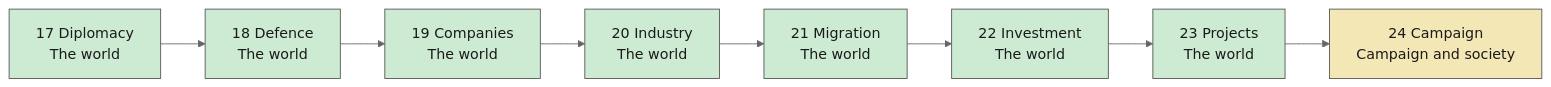
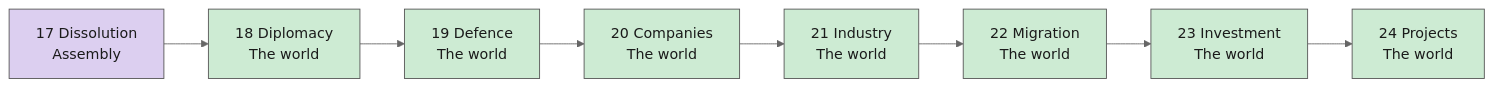
One commit to powerbassist/World-simulator changed the third of 5 diagrams in docs/tick-order.md. Above: the diagram before and after it, drawn with Mermaid (neutral theme). The commit also changed other lines of this file and 26 other files, not shown here.

````diff
--- a/docs/tick-order.md
+++ b/docs/tick-order.md
@@ -63,18 +63,18 @@
 ```mermaid
 flowchart LR
-  s17["17 Diplomacy<br/>The world"]:::g3
-  s18["18 Defence<br/>The world"]:::g3
-  s19["19 Companies<br/>The world"]:::g3
-  s20["20 Industry<br/>The world"]:::g3
-  s21["21 Migration<br/>The world"]:::g3
-  s22["22 Investment<br/>The world"]:::g3
-  s23["23 Projects<br/>The world"]:::g3
-  s24["24 Campaign<br/>Campaign and society"]:::g4
+  s17["17 Dissolution<br/>Assembly"]:::g2
+  s18["18 Diplomacy<br/>The world"]:::g3
+  s19["19 Defence<br/>The world"]:::g3
+  s20["20 Companies<br/>The world"]:::g3
+  s21["21 Industry<br/>The world"]:::g3
+  s22["22 Migration<br/>The world"]:::g3
+  s23["23 Investment<br/>The world"]:::g3
+  s24["24 Projects<br/>The world"]:::g3
   s17 --> s18 --> s19 --> s20 --> s21 --> s22 --> s23 --> s24
   classDef g0 fill:#cfe3f7,stroke:#555,color:#1a1a1a
   classDef g1 fill:#f6dcc2,stroke:#555,color:#1a1a1a
   classDef g2 fill:#dccff0,stroke:#555,color:#1a1a1a
   classDef g3 fill:#cdebd3,stroke:#555,color:#1a1a1a
   classDef g4 fill:#f3e7b5,stroke:#555,color:#1a1a1a
   classDef g5 fill:#f2cfd3,stroke:#555,color:#1a1a1a
 ```
````
